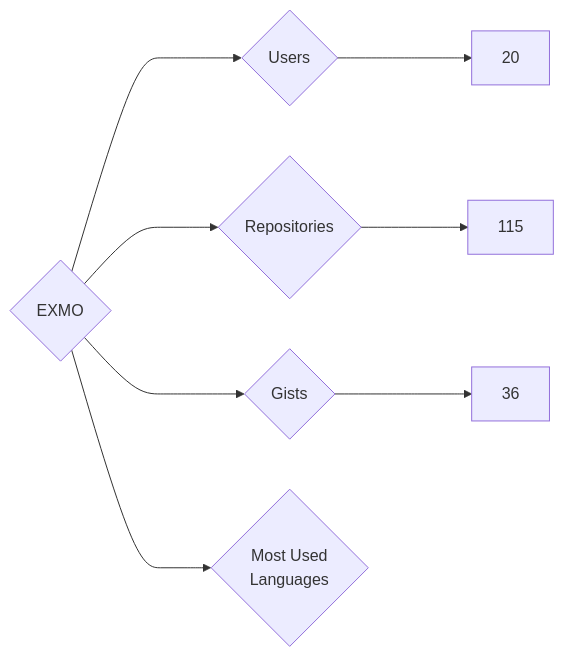
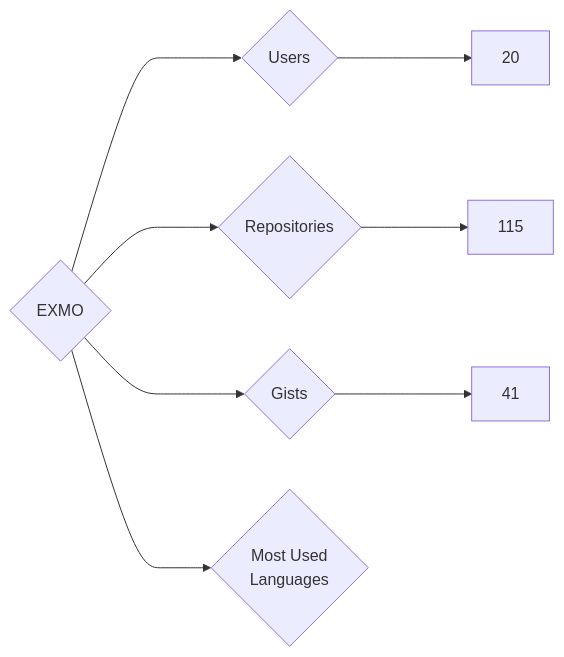
Before and after one commit to nenadzaric/insiders: the diagram in targets/EXMO/README.md, drawn with Mermaid. The commit also changed 1342 other files, not shown here.

````diff
--- a/targets/EXMO/README.md
+++ b/targets/EXMO/README.md
@@ -3,8 +3,8 @@
 ```mermaid
 graph LR
 COMPANY_NAME{EXMO}
 COMPANY_NAME ---> U{Users} ---> UN[20]
 COMPANY_NAME ---> R{Repositories} ---> RN[115]
-COMPANY_NAME ---> G{Gists} ---> GN[36]
+COMPANY_NAME ---> G{Gists} ---> GN[41]
 COMPANY_NAME ---> ML{Most Used<br>Languages}
 ```
````
